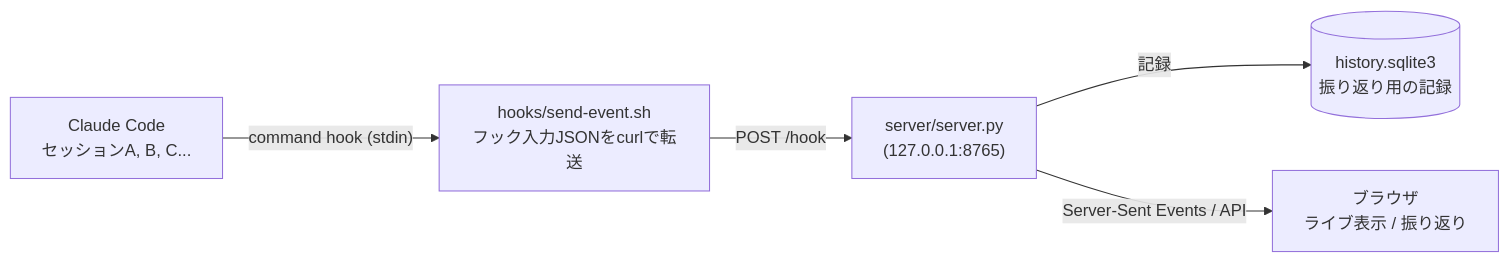
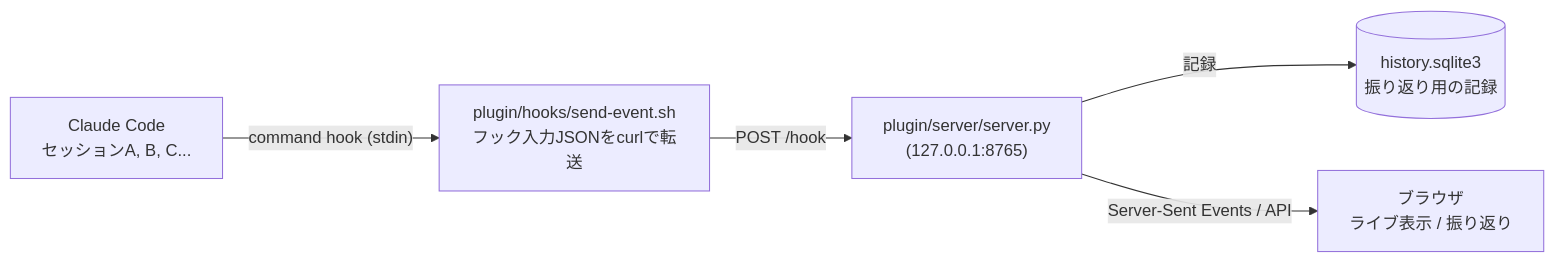
The diagram in docs/specification.md (Lamaglama39/clawd-session-house), drawn with Mermaid before and after one commit. The commit also changed other lines of this file and 44 other files, not shown here.

````diff
--- a/docs/specification.md
+++ b/docs/specification.md
@@ -5,13 +5,13 @@
 ```mermaid
 flowchart LR
     Sessions["Claude Code<br/>セッションA, B, C..."]
-    Hook["hooks/send-event.sh<br/>フック入力JSONをcurlで転送"]
-    Server["server/server.py<br/>(127.0.0.1:8765)"]
+    Hook["plugin/hooks/send-event.sh<br/>フック入力JSONをcurlで転送"]
+    Server["plugin/server/server.py<br/>(127.0.0.1:8765)"]
     DB[("history.sqlite3<br/>振り返り用の記録")]
     Browser["ブラウザ<br/>ライブ表示 / 振り返り"]
 
     Sessions -->|"command hook (stdin)"| Hook
     Hook -->|"POST /hook"| Server
     Server -->|"記録"| DB
     Server -->|"Server-Sent Events / API"| Browser
 ```
````
